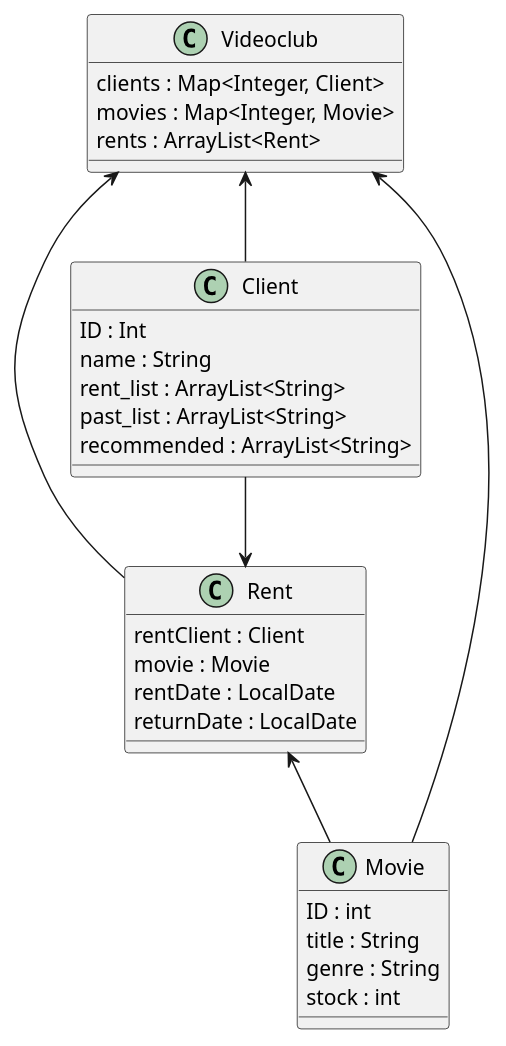
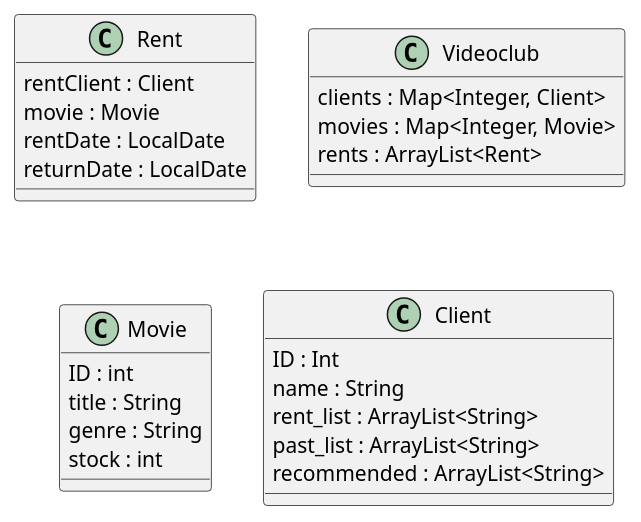
Before and after one commit to BenjaminAllendes/Administrador-de-Peliculas-Clientes-en-un-videoclub: the diagram in src/Diseño_clase_Dominio.puml, drawn with PlantUML. The commit also changed 1 other file, not shown here.

```diff
--- a/src/Diseño_clase_Dominio.puml
+++ b/src/Diseño_clase_Dominio.puml
@@ -1,40 +1,31 @@
 @startuml
-
-Rent <-- Movie
-Client --> Rent
-Videoclub <-- Rent
-Videoclub <-- Client
-Videoclub <-- Movie
-
-
-
 
 class Rent{
 rentClient : Client
 movie : Movie
 rentDate : LocalDate
 returnDate : LocalDate
 
 }
 
 class Videoclub{
 clients : Map<Integer, Client>
 movies : Map<Integer, Movie>
 rents : ArrayList<Rent>
 }
 
 class Movie{
 ID : int
 title : String
 genre : String
 stock : int
 }
 
 class Client{
 ID : Int
 name : String
 rent_list : ArrayList<String>
 past_list : ArrayList<String>
 recommended : ArrayList<String>
 }
 @enduml
```
